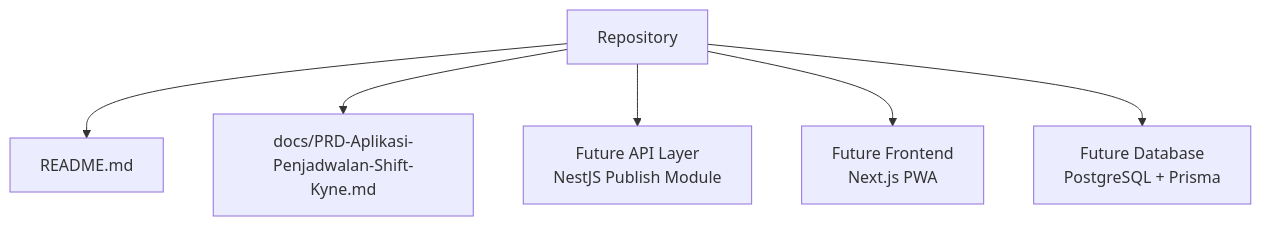
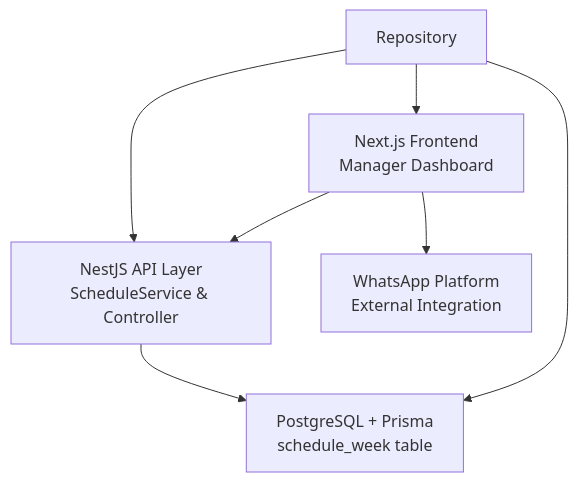
One commit to epo33m/scheduling changed the first of 8 diagrams in .qoder/repowiki/en/content/Product Requirements Document/Functional Specifications/Publishing Module (F6).md. Above: the diagram before and after it, drawn with Mermaid. The commit also changed other lines of this file and 77 other files, not shown here.

````diff
--- a/.qoder/repowiki/en/content/Product Requirements Document/Functional Specifications/Publishing Module (F6).md
+++ b/.qoder/repowiki/en/content/Product Requirements Document/Functional Specifications/Publishing Module (F6).md
@@ -32,14 +47,14 @@
 ```mermaid
 graph TB
 Repo["Repository"]
-Readme["README.md"]
-Docs["docs/PRD-Aplikasi-Penjadwalan-Shift-Kyne.md"]
-FutureAPI["Future API Layer<br/>NestJS Publish Module"]
-FutureFrontend["Future Frontend<br/>Next.js PWA"]
-Database["Future Database<br/>PostgreSQL + Prisma"]
-Repo --> Readme
-Repo --> Docs
-Repo --> FutureAPI
-Repo --> FutureFrontend
+API["NestJS API Layer<br/>ScheduleService & Controller"]
+Frontend["Next.js Frontend<br/>Manager Dashboard"]
+Database["PostgreSQL + Prisma<br/>schedule_week table"]
+WhatsApp["WhatsApp Platform<br/>External Integration"]
+Repo --> API
+Repo --> Frontend
 Repo --> Database
+API --> Database
+Frontend --> API
+Frontend --> WhatsApp
 ```
````
